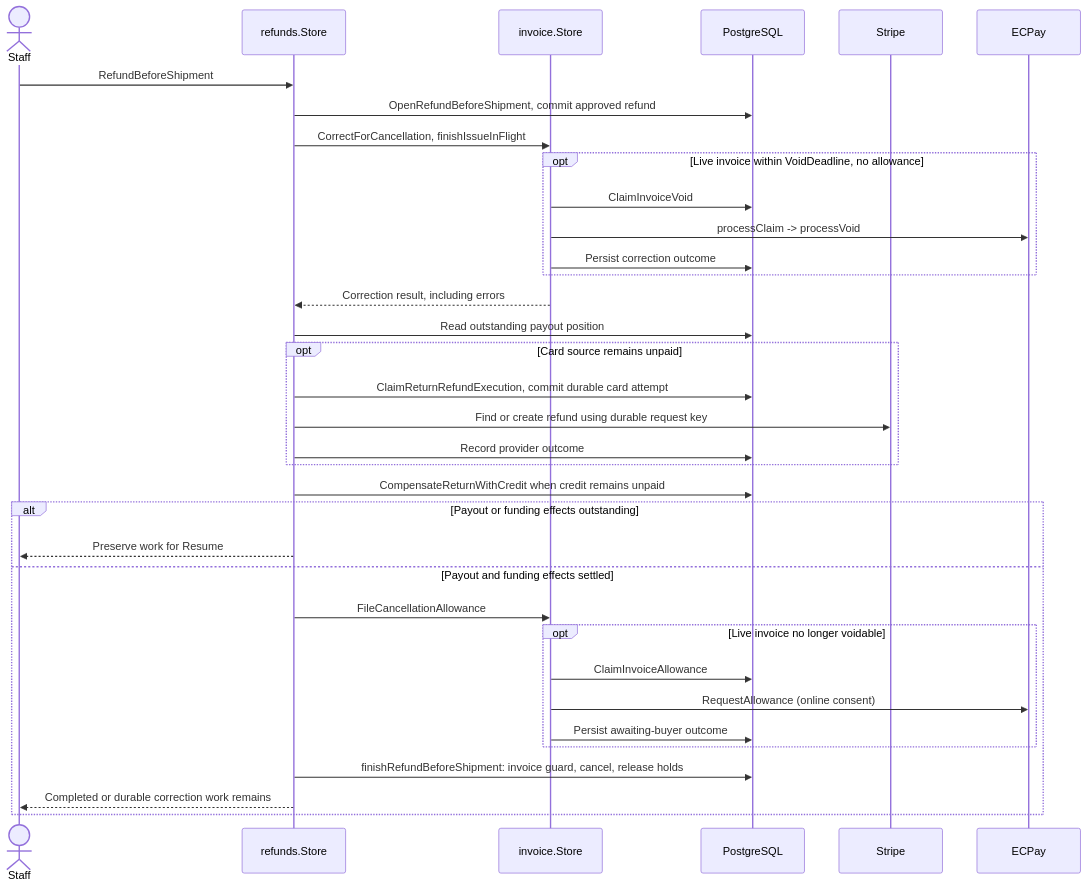
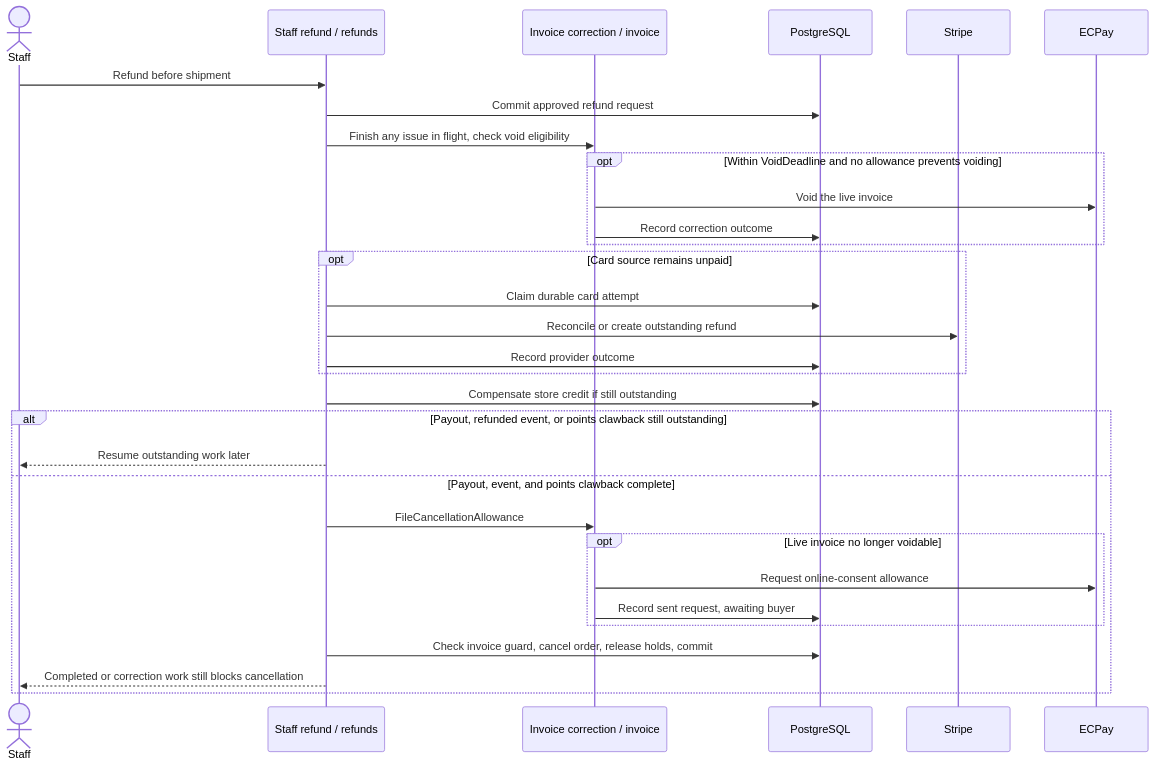
Before and after one commit to Koopa0/goen: the fourth of 8 diagrams in ARCHITECTURE.md, drawn with Mermaid. The commit also changed other lines of this file, not shown here.

First line of the commit message:
docs: rewrite ARCHITECTURE.md (#1085)

````diff
--- a/ARCHITECTURE.md
+++ b/ARCHITECTURE.md
@@ -339,37 +158,33 @@
 ```mermaid
 sequenceDiagram
     actor Staff
-    participant R as refunds.Store
-    participant I as invoice.Store
+    participant Refund as Staff refund / refunds
+    participant Invoice as Invoice correction / invoice
     participant DB as PostgreSQL
     participant Stripe
     participant ECPay
-    Staff->>R: RefundBeforeShipment
-    R->>DB: OpenRefundBeforeShipment, commit approved refund
-    R->>I: CorrectForCancellation, finishIssueInFlight
-    opt Live invoice within VoidDeadline, no allowance
-        I->>DB: ClaimInvoiceVoid
-        I->>ECPay: processClaim -> processVoid
-        I->>DB: Persist correction outcome
+    Staff->>Refund: Refund before shipment
+    Refund->>DB: Commit approved refund request
+    Refund->>Invoice: Finish any issue in flight, check void eligibility
+    opt Within VoidDeadline and no allowance prevents voiding
+        Invoice->>ECPay: Void the live invoice
+        Invoice->>DB: Record correction outcome
     end
-    I-->>R: Correction result, including errors
-    R->>DB: Read outstanding payout position
     opt Card source remains unpaid
-        R->>DB: ClaimReturnRefundExecution, commit durable card attempt
-        R->>Stripe: Find or create refund using durable request key
-        R->>DB: Record provider outcome
+        Refund->>DB: Claim durable card attempt
+        Refund->>Stripe: Reconcile or create outstanding refund
+        Refund->>DB: Record provider outcome
     end
-    R->>DB: CompensateReturnWithCredit when credit remains unpaid
-    alt Payout or funding effects outstanding
-        R-->>Staff: Preserve work for Resume
-    else Payout and funding effects settled
-        R->>I: FileCancellationAllowance
+    Refund->>DB: Compensate store credit if still outstanding
+    alt Payout, refunded event, or points clawback still outstanding
+        Refund-->>Staff: Resume outstanding work later
+    else Payout, event, and points clawback complete
+        Refund->>Invoice: FileCancellationAllowance
         opt Live invoice no longer voidable
-            I->>DB: ClaimInvoiceAllowance
-            I->>ECPay: RequestAllowance (online consent)
-            I->>DB: Persist awaiting-buyer outcome
+            Invoice->>ECPay: Request online-consent allowance
+            Invoice->>DB: Record sent request, awaiting buyer
         end
-        R->>DB: finishRefundBeforeShipment: invoice guard, cancel, release holds
-        R-->>Staff: Completed or durable correction work remains
+        Refund->>DB: Check invoice guard, cancel order, release holds, commit
+        Refund-->>Staff: Completed or correction work still blocks cancellation
     end
 ```
````
